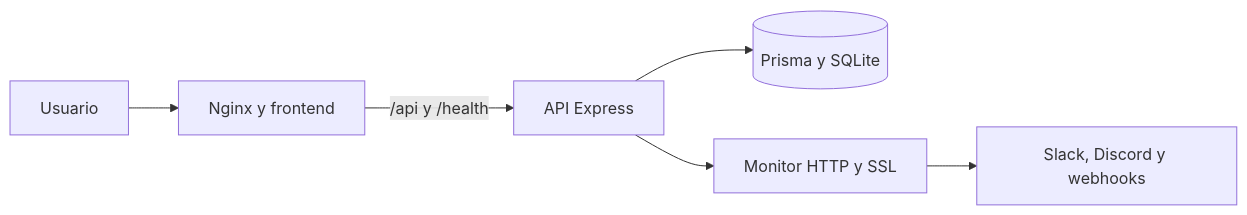
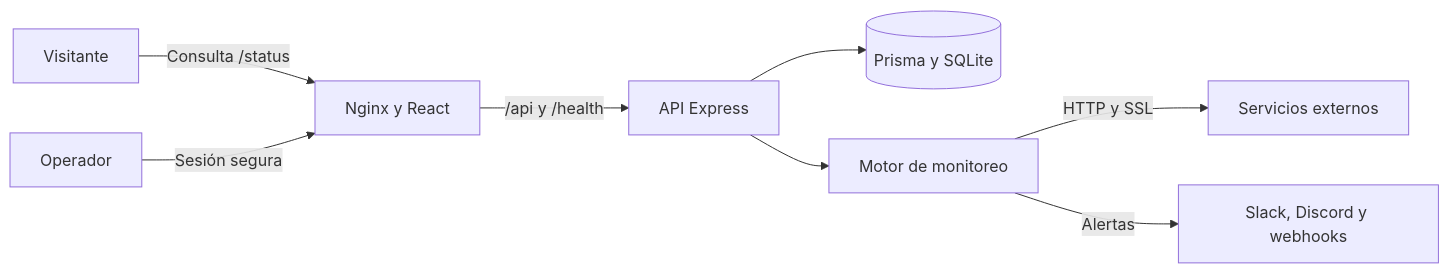
One commit to GanzytoX/devdash changed the diagram in deploy/README.md. Above: the diagram before and after it, drawn with Mermaid. The commit also changed other lines of this file, not shown here.

````diff
--- a/deploy/README.md
+++ b/deploy/README.md
@@ -9,8 +187,10 @@
 ```mermaid
 flowchart LR
-  U[Usuario] --> N[Nginx y frontend]
-  N -->|/api y /health| A[API Express]
-  A --> D[(Prisma y SQLite)]
-  A --> M[Monitor HTTP y SSL]
-  M --> W[Slack, Discord y webhooks]
+  V["Visitante"] -->|"Consulta /status"| N["Nginx y React"]
+  O["Operador"] -->|"Sesión segura"| N
+  N -->|"/api y /health"| A["API Express"]
+  A --> D[("Prisma y SQLite")]
+  A --> M["Motor de monitoreo"]
+  M -->|"HTTP y SSL"| S["Servicios externos"]
+  M -->|"Alertas"| W["Slack, Discord y webhooks"]
 ```
````
